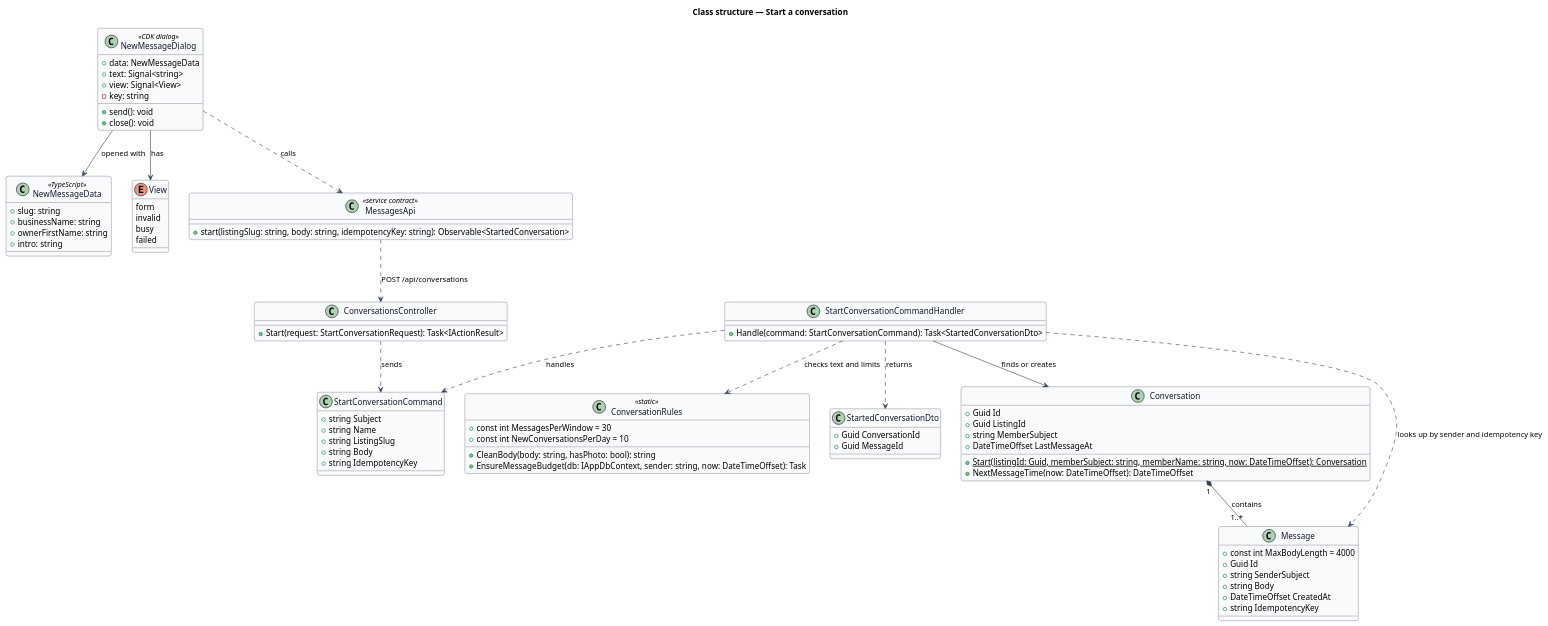
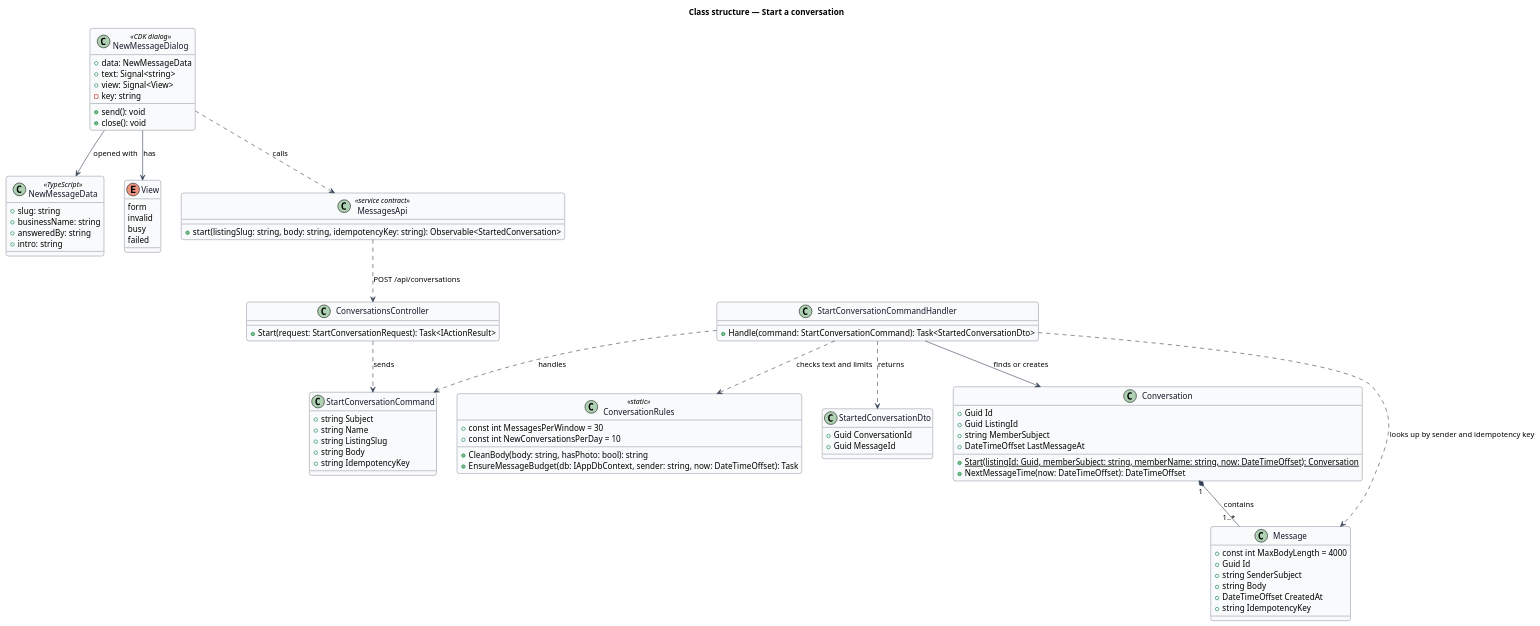
One commit to QuinntyneBrown/jubilee changed the diagram in docs/detailed-designs/messaging/start-conversation/diagrams/class-structure.puml. Above: the diagram before and after it, drawn with PlantUML. The commit also changed 11 other files, not shown here.

```diff
--- a/docs/detailed-designs/messaging/start-conversation/diagrams/class-structure.puml
+++ b/docs/detailed-designs/messaging/start-conversation/diagrams/class-structure.puml
@@ -1,90 +1,90 @@
 @startuml
 ' --- shared skin header ---
 skinparam backgroundColor #FFFFFF
 skinparam shadowing false
 skinparam roundcorner 8
 skinparam defaultFontName Arial
 skinparam ArrowColor #344054
 skinparam class {
   BorderColor #344054
   FontColor #101828
   BackgroundColor #F9FAFB
 }
 ' --------------------------
 title Class structure — Start a conversation
 
 class NewMessageDialog <<CDK dialog>> {
   +data: NewMessageData
   +text: Signal<string>
   +view: Signal<View>
   -key: string
   +send(): void
   +close(): void
 }
 class NewMessageData <<TypeScript>> {
   +slug: string
   +businessName: string
-  +ownerFirstName: string
+  +answeredBy: string
   +intro: string
 }
 enum View {
   form
   invalid
   busy
   failed
 }
 class MessagesApi <<service contract>> {
   +start(listingSlug: string, body: string, idempotencyKey: string): Observable<StartedConversation>
 }
 class ConversationsController {
   +Start(request: StartConversationRequest): Task<IActionResult>
 }
 class StartConversationCommand {
   +string Subject
   +string Name
   +string ListingSlug
   +string Body
   +string IdempotencyKey
 }
 class ConversationRules <<static>> {
   +const int MessagesPerWindow = 30
   +const int NewConversationsPerDay = 10
   +CleanBody(body: string, hasPhoto: bool): string
   +EnsureMessageBudget(db: IAppDbContext, sender: string, now: DateTimeOffset): Task
 }
 class StartConversationCommandHandler {
   +Handle(command: StartConversationCommand): Task<StartedConversationDto>
 }
 class StartedConversationDto {
   +Guid ConversationId
   +Guid MessageId
 }
 class Conversation {
   +Guid Id
   +Guid ListingId
   +string MemberSubject
   +DateTimeOffset LastMessageAt
   +{static} Start(listingId: Guid, memberSubject: string, memberName: string, now: DateTimeOffset): Conversation
   +NextMessageTime(now: DateTimeOffset): DateTimeOffset
 }
 class Message {
   +const int MaxBodyLength = 4000
   +Guid Id
   +string SenderSubject
   +string Body
   +DateTimeOffset CreatedAt
   +string IdempotencyKey
 }
 
 NewMessageDialog --> NewMessageData : opened with
 NewMessageDialog --> View : has
 NewMessageDialog ..> MessagesApi : calls
 MessagesApi ..> ConversationsController : POST /api/conversations
 ConversationsController ..> StartConversationCommand : sends
 StartConversationCommandHandler ..> StartConversationCommand : handles
 StartConversationCommandHandler ..> ConversationRules : checks text and limits
 StartConversationCommandHandler ..> StartedConversationDto : returns
 StartConversationCommandHandler --> Conversation : finds or creates
 StartConversationCommandHandler ..> Message : looks up by sender and idempotency key
 Conversation "1" *-- "1..*" Message : contains
 @enduml
```
